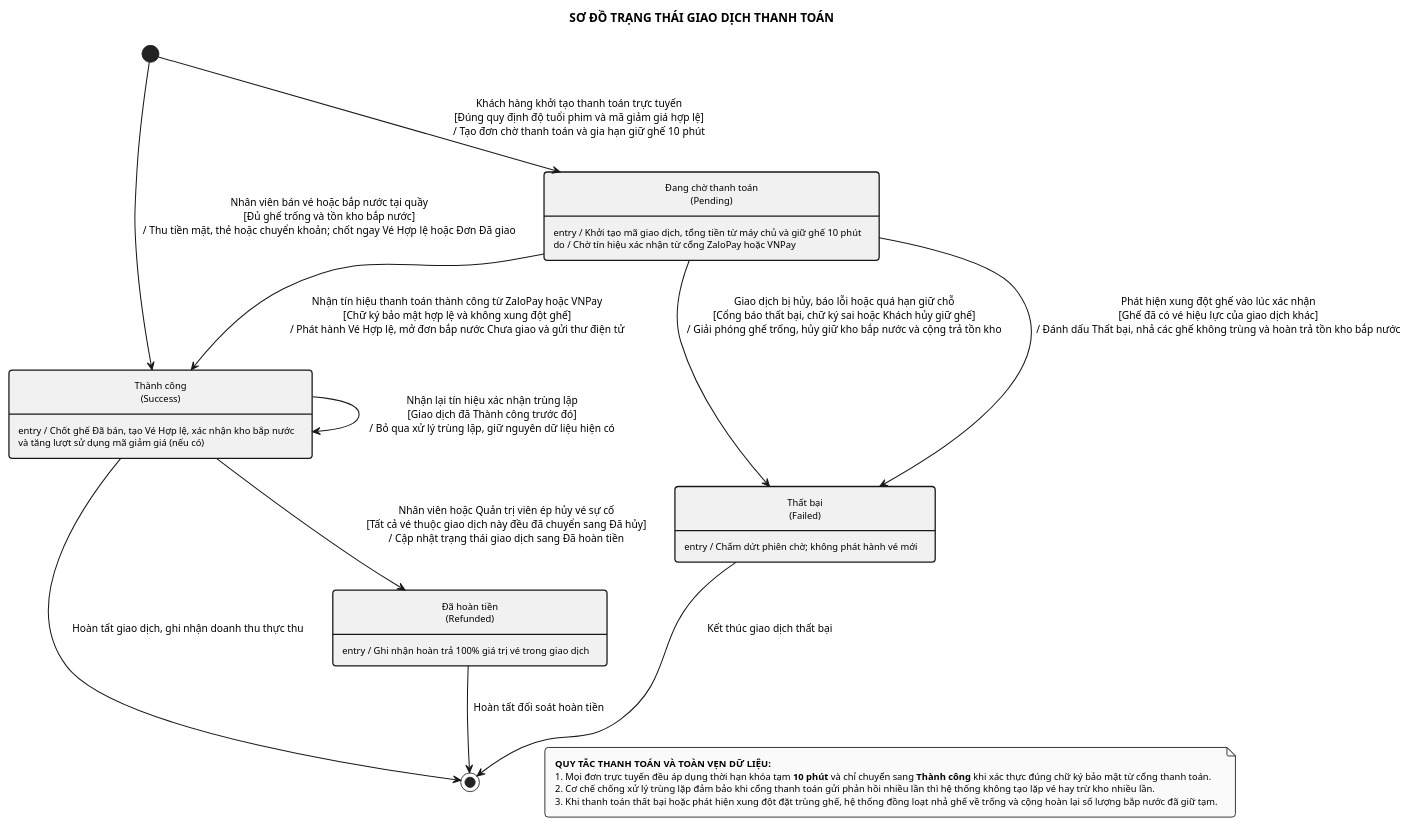
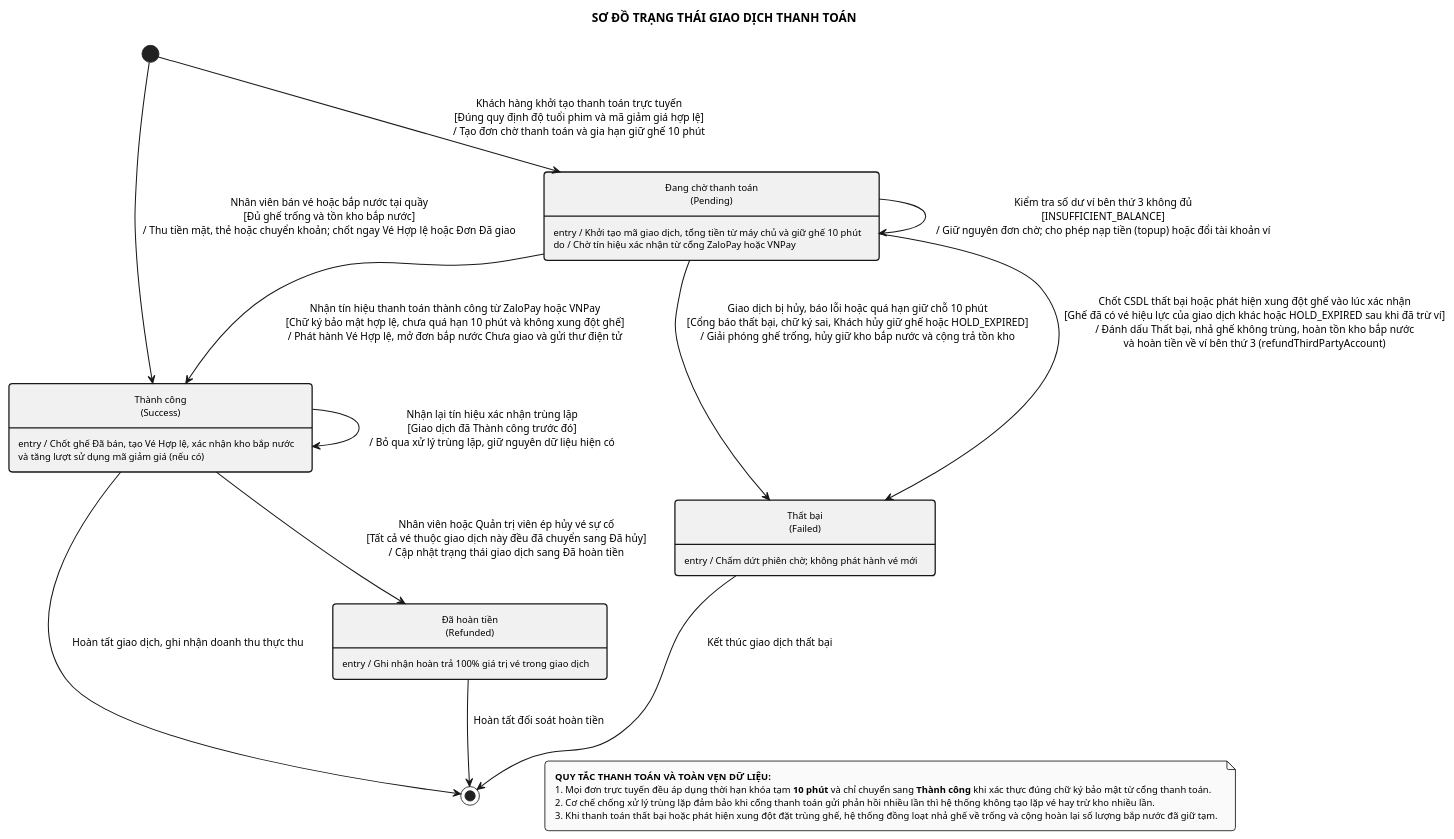
Before and after one commit to MaGiaVy/CinemaLUMI: the diagram in cinema-app/PlantUML_State_Diagrams/state_payment.puml, drawn with PlantUML. The commit also changed 519 other files, not shown here.

First line of the commit message:
feat: hoan thien bao cao phan tich thiet ke, chuan hoa so do UML va cap nhat UI/DB

```diff
--- a/cinema-app/PlantUML_State_Diagrams/state_payment.puml
+++ b/cinema-app/PlantUML_State_Diagrams/state_payment.puml
@@ -1,69 +1,71 @@
 @startuml state_payment
 skinparam monochrome true
 skinparam style strictuml
 skinparam shadowing false
 skinparam defaultFontName Arial
 skinparam defaultFontSize 12
 skinparam roundCorner 8
 skinparam padding 6
 skinparam nodesep 55
 skinparam ranksep 65
 skinparam ArrowThickness 1.2
 skinparam state {
     BorderThickness 1.5
     AttributeFontSize 11
 }
 skinparam note {
     BorderThickness 1
     FontSize 11
 }
 hide empty description
 
 title SƠ ĐỒ TRẠNG THÁI GIAO DỊCH THANH TOÁN
 
 state "Đang chờ thanh toán\n(Pending)" as CHO_THANH_TOAN {
 }
 CHO_THANH_TOAN : entry / Khởi tạo mã giao dịch, tổng tiền từ máy chủ và giữ ghế 10 phút
 CHO_THANH_TOAN : do / Chờ tín hiệu xác nhận từ cổng ZaloPay hoặc VNPay
 
 state "Thành công\n(Success)" as THANH_CONG {
 }
 THANH_CONG : entry / Chốt ghế Đã bán, tạo Vé Hợp lệ, xác nhận kho bắp nước\nvà tăng lượt sử dụng mã giảm giá (nếu có)
 
 state "Thất bại\n(Failed)" as THAT_BAI {
 }
 THAT_BAI : entry / Chấm dứt phiên chờ; không phát hành vé mới
 
 state "Đã hoàn tiền\n(Refunded)" as DA_HOAN_TIEN {
 }
 DA_HOAN_TIEN : entry / Ghi nhận hoàn trả 100% giá trị vé trong giao dịch
 
 [*] --> CHO_THANH_TOAN : Khách hàng khởi tạo thanh toán trực tuyến\n[Đúng quy định độ tuổi phim và mã giảm giá hợp lệ]\n/ Tạo đơn chờ thanh toán và gia hạn giữ ghế 10 phút
 
 [*] --> THANH_CONG : Nhân viên bán vé hoặc bắp nước tại quầy\n[Đủ ghế trống và tồn kho bắp nước]\n/ Thu tiền mặt, thẻ hoặc chuyển khoản; chốt ngay Vé Hợp lệ hoặc Đơn Đã giao
 
-CHO_THANH_TOAN --> THANH_CONG : Nhận tín hiệu thanh toán thành công từ ZaloPay hoặc VNPay\n[Chữ ký bảo mật hợp lệ và không xung đột ghế]\n/ Phát hành Vé Hợp lệ, mở đơn bắp nước Chưa giao và gửi thư điện tử
+CHO_THANH_TOAN --> CHO_THANH_TOAN : Kiểm tra số dư ví bên thứ 3 không đủ\n[INSUFFICIENT_BALANCE]\n/ Giữ nguyên đơn chờ; cho phép nạp tiền (topup) hoặc đổi tài khoản ví
+
+CHO_THANH_TOAN --> THANH_CONG : Nhận tín hiệu thanh toán thành công từ ZaloPay hoặc VNPay\n[Chữ ký bảo mật hợp lệ, chưa quá hạn 10 phút và không xung đột ghế]\n/ Phát hành Vé Hợp lệ, mở đơn bắp nước Chưa giao và gửi thư điện tử
 
 THANH_CONG --> THANH_CONG : Nhận lại tín hiệu xác nhận trùng lặp\n[Giao dịch đã Thành công trước đó]\n/ Bỏ qua xử lý trùng lặp, giữ nguyên dữ liệu hiện có
 
-CHO_THANH_TOAN --> THAT_BAI : Giao dịch bị hủy, báo lỗi hoặc quá hạn giữ chỗ\n[Cổng báo thất bại, chữ ký sai hoặc Khách hủy giữ ghế]\n/ Giải phóng ghế trống, hủy giữ kho bắp nước và cộng trả tồn kho
+CHO_THANH_TOAN --> THAT_BAI : Giao dịch bị hủy, báo lỗi hoặc quá hạn giữ chỗ 10 phút\n[Cổng báo thất bại, chữ ký sai, Khách hủy giữ ghế hoặc HOLD_EXPIRED]\n/ Giải phóng ghế trống, hủy giữ kho bắp nước và cộng trả tồn kho
 
-CHO_THANH_TOAN --> THAT_BAI : Phát hiện xung đột ghế vào lúc xác nhận\n[Ghế đã có vé hiệu lực của giao dịch khác]\n/ Đánh dấu Thất bại, nhả các ghế không trùng và hoàn trả tồn kho bắp nước
+CHO_THANH_TOAN --> THAT_BAI : Chốt CSDL thất bại hoặc phát hiện xung đột ghế vào lúc xác nhận\n[Ghế đã có vé hiệu lực của giao dịch khác hoặc HOLD_EXPIRED sau khi đã trừ ví]\n/ Đánh dấu Thất bại, nhả ghế không trùng, hoàn tồn kho bắp nước\nvà hoàn tiền về ví bên thứ 3 (refundThirdPartyAccount)
 
 THANH_CONG --> DA_HOAN_TIEN : Nhân viên hoặc Quản trị viên ép hủy vé sự cố\n[Tất cả vé thuộc giao dịch này đều đã chuyển sang Đã hủy]\n/ Cập nhật trạng thái giao dịch sang Đã hoàn tiền
 
 THAT_BAI --> [*] : Kết thúc giao dịch thất bại
 THANH_CONG --> [*] : Hoàn tất giao dịch, ghi nhận doanh thu thực thu
 DA_HOAN_TIEN --> [*] : Hoàn tất đối soát hoàn tiền
 
 note as GhiChu
   <b>QUY TẮC THANH TOÁN VÀ TOÀN VẸN DỮ LIỆU:</b>
   1. Mọi đơn trực tuyến đều áp dụng thời hạn khóa tạm <b>10 phút</b> và chỉ chuyển sang <b>Thành công</b> khi xác thực đúng chữ ký bảo mật từ cổng thanh toán.
   2. Cơ chế chống xử lý trùng lặp đảm bảo khi cổng thanh toán gửi phản hồi nhiều lần thì hệ thống không tạo lặp vé hay trừ kho nhiều lần.
   3. Khi thanh toán thất bại hoặc phát hiện xung đột đặt trùng ghế, hệ thống đồng loạt nhả ghế về trống và cộng hoàn lại số lượng bắp nước đã giữ tạm.
 end note
 
 THAT_BAI -[hidden]-> GhiChu
 DA_HOAN_TIEN -[hidden]-> GhiChu
 
 @enduml
```
